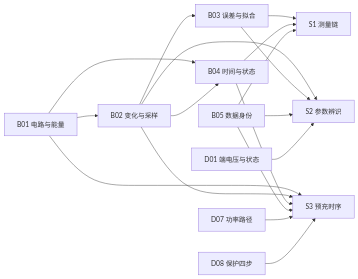
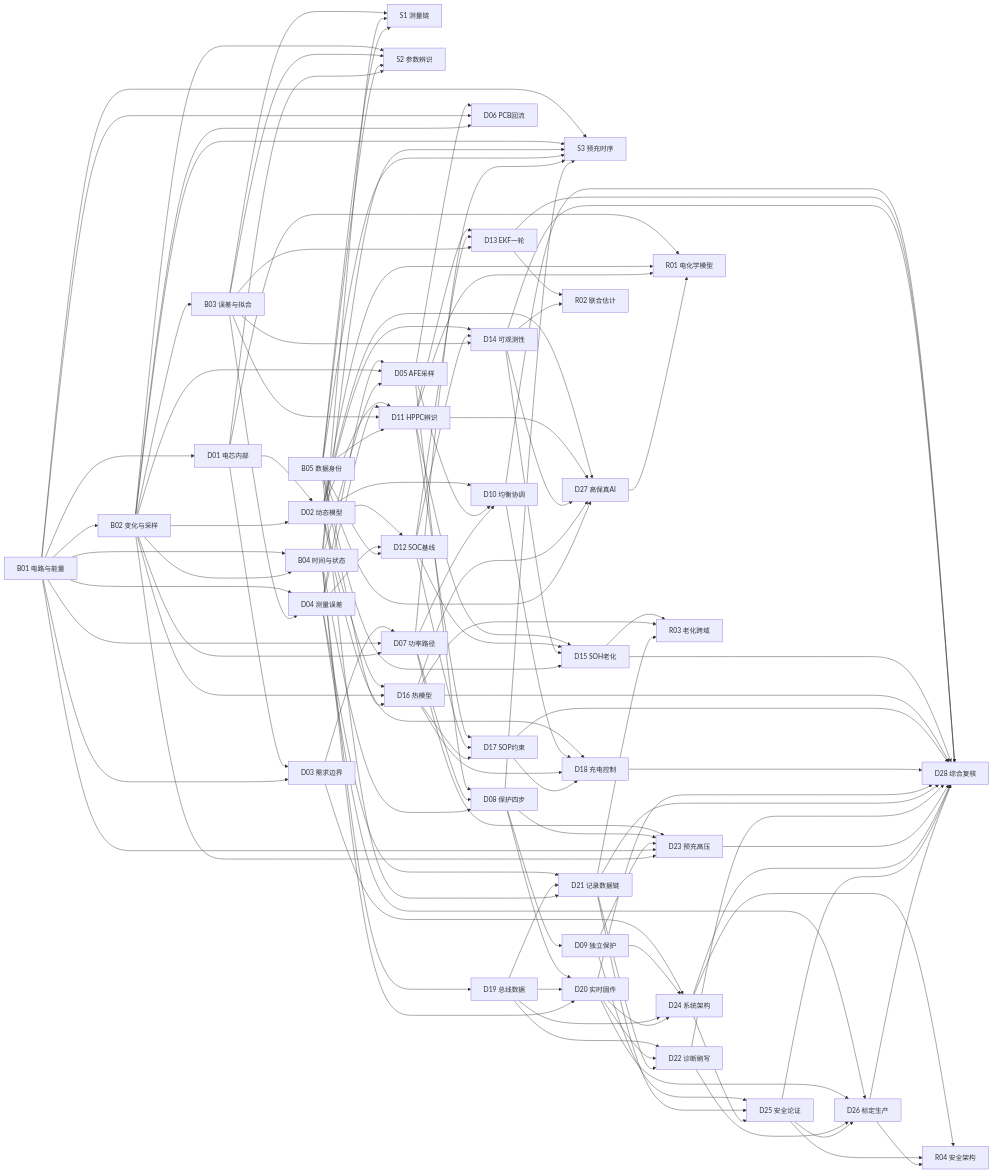
Before and after one commit to zhuguang-ZFG/BMS-Z: the diagram in bms-book/engineering/P1-先修最小包.md, drawn with Mermaid. The commit also changed 16 other files, not shown here.

````diff
--- a/bms-book/engineering/P1-先修最小包.md
+++ b/bms-book/engineering/P1-先修最小包.md
@@ -61,4 +61,112 @@
   D01[D01 端电压与状态] --> S2
   D07[D07 功率路径] --> S3
   D08[D08 保护四步] --> S3
+  B01 --> D01[D01 电芯内部]
+  D01 --> D02[D02 动态模型]
+  D01 --> D03[D03 需求边界]
+  B01 --> D03
+  B02 --> D02
+  D04[D04 测量误差]
+  B01 --> D04
+  B03 --> D04
+  D04 --> D05[D05 AFE采样]
+  B02 --> D05
+  B04 --> D05
+  D05 --> D06[D06 PCB回流]
+  B01 --> D06
+  B02 --> D06
+  D03 --> D07
+  B01 --> D07
+  B02 --> D07
+  D05 --> D08
+  D07 --> D08
+  B04 --> D08
+  D08 --> D09[D09 独立保护]
+  D02 --> D10[D10 均衡协调]
+  D05 --> D10
+  D07 --> D10
+  D02 --> D11[D11 HPPC辨识]
+  D04 --> D11
+  B03 --> D11
+  B05 --> D11
+  D02 --> D12[D12 SOC基线]
+  D04 --> D12
+  B05 --> D12
+  D11 --> D13[D13 EKF一轮]
+  D12 --> D13
+  B03 --> D13
+  D02 --> D14[D14 可观测性]
+  D12 --> D14
+  B03 --> D14
+  D11 --> D15[D15 SOH老化]
+  D12 --> D15
+  D14 --> D15
+  B05 --> D15
+  D02 --> D16[D16 热模型]
+  B02 --> D16
+  B05 --> D16
+  D11 --> D17[D17 SOP约束]
+  D12 --> D17
+  D16 --> D17
+  D02 --> D18[D18 充电控制]
+  D10 --> D18
+  D16 --> D18
+  D17 --> D18
+  B04 --> D19[D19 总线数据]
+  D08 --> D20[D20 实时固件]
+  D19 --> D20
+  B04 --> D20
+  D04 --> D21[D21 记录数据链]
+  D19 --> D21
+  B05 --> D21
+  D19 --> D22[D22 诊断刷写]
+  D20 --> D22
+  D21 --> D22
+  D07 --> D23[D23 预充高压]
+  D08 --> D23
+  D09 --> D23
+  B01 --> D23
+  B02 --> D23
+  D03 --> D24[D24 系统架构]
+  D09 --> D24
+  D19 --> D24
+  D20 --> D24
+  D09 --> D25[D25 安全论证]
+  D21 --> D25
+  D24 --> D25
+  D04 --> D26[D26 标定生产]
+  D20 --> D26
+  D22 --> D26
+  D25 --> D26
+  D02 --> D27[D27 高保真AI]
+  D11 --> D27
+  D14 --> D27
+  D16 --> D27
+  B05 --> D27
+  D10 --> D28[D28 综合复核]
+  D13 --> D28
+  D14 --> D28
+  D15 --> D28
+  D16 --> D28
+  D17 --> D28
+  D18 --> D28
+  D20 --> D28
+  D21 --> D28
+  D22 --> D28
+  D23 --> D28
+  D24 --> D28
+  D25 --> D28
+  D26 --> D28
+  D01 --> R01[R01 电化学模型]
+  D02 --> R01
+  D11 --> R01
+  D27 --> R01
+  D13 --> R02[R02 联合估计]
+  D14 --> R02
+  D15 --> R03[R03 老化跨域]
+  D16 --> R03
+  D21 --> R03
+  D24 --> R04[R04 安全架构]
+  D25 --> R04
+  D26 --> R04
 ```
````
